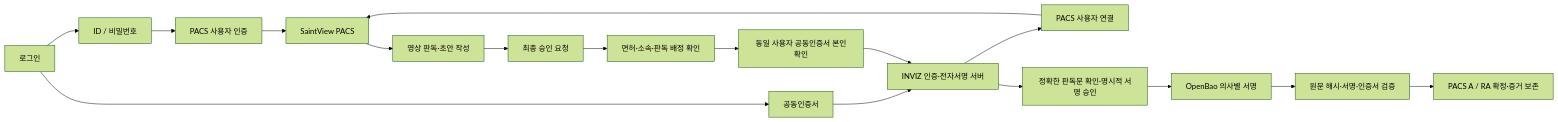
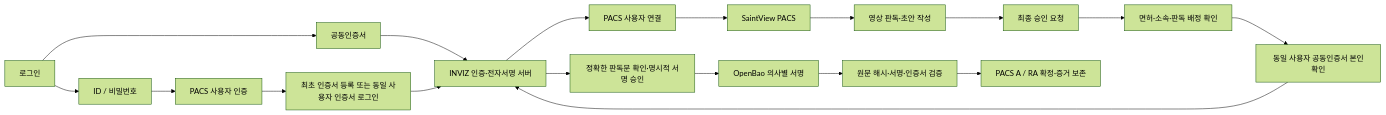
One commit to egparadise/Vision-Certi changed the diagram in docs/PACS_EXECUTION_FLOW.md. Above: the diagram before and after it, drawn with Mermaid (forest theme). The commit also changed other lines of this file and 37 other files, not shown here.

````diff
--- a/docs/PACS_EXECUTION_FLOW.md
+++ b/docs/PACS_EXECUTION_FLOW.md
@@ -7,19 +7,20 @@
 ```mermaid
 flowchart LR
   Login[로그인] --> PW[ID / 비밀번호]
   Login --> Cert[공동인증서]
   PW --> Local[PACS 사용자 인증]
   Cert --> INVIZ[INVIZ 인증·전자서명 서버]
   INVIZ --> Link[PACS 사용자 연결]
-  Local --> PACS[SaintView PACS]
-  Link --> PACS
+  Local --> Enrollment[최초 인증서 등록 또는 동일 사용자 인증서 로그인]
+  Enrollment --> INVIZ
+  Link --> PACS[SaintView PACS]
   PACS --> Read[영상 판독·초안 작성]
   Read --> Approve[최종 승인 요청]
   Approve --> License[면허·소속·판독 배정 확인]
   License --> StepUp[동일 사용자 공동인증서 본인확인]
   StepUp --> INVIZ
   INVIZ --> Review[정확한 판독문 확인·명시적 서명 승인]
   Review --> Bao[OpenBao 의사별 서명]
   Bao --> Verify[원문 해시·서명·인증서 검증]
   Verify --> Commit[PACS A / RA 확정·증거 보존]
 ```
````
